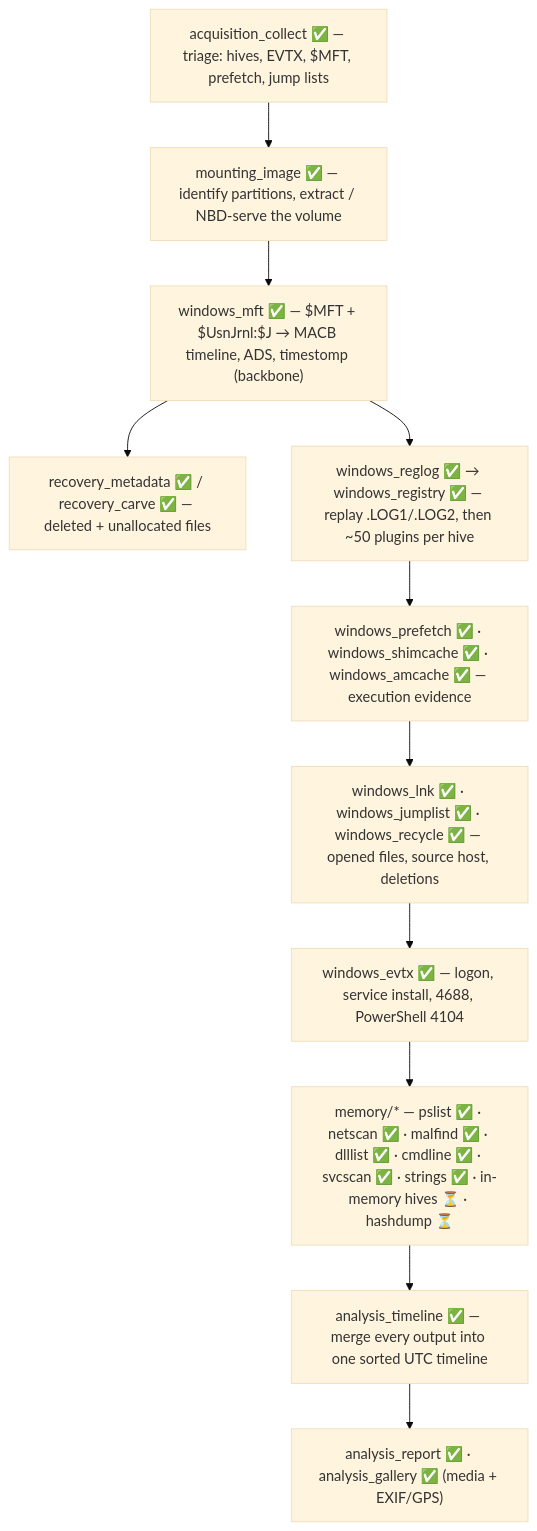
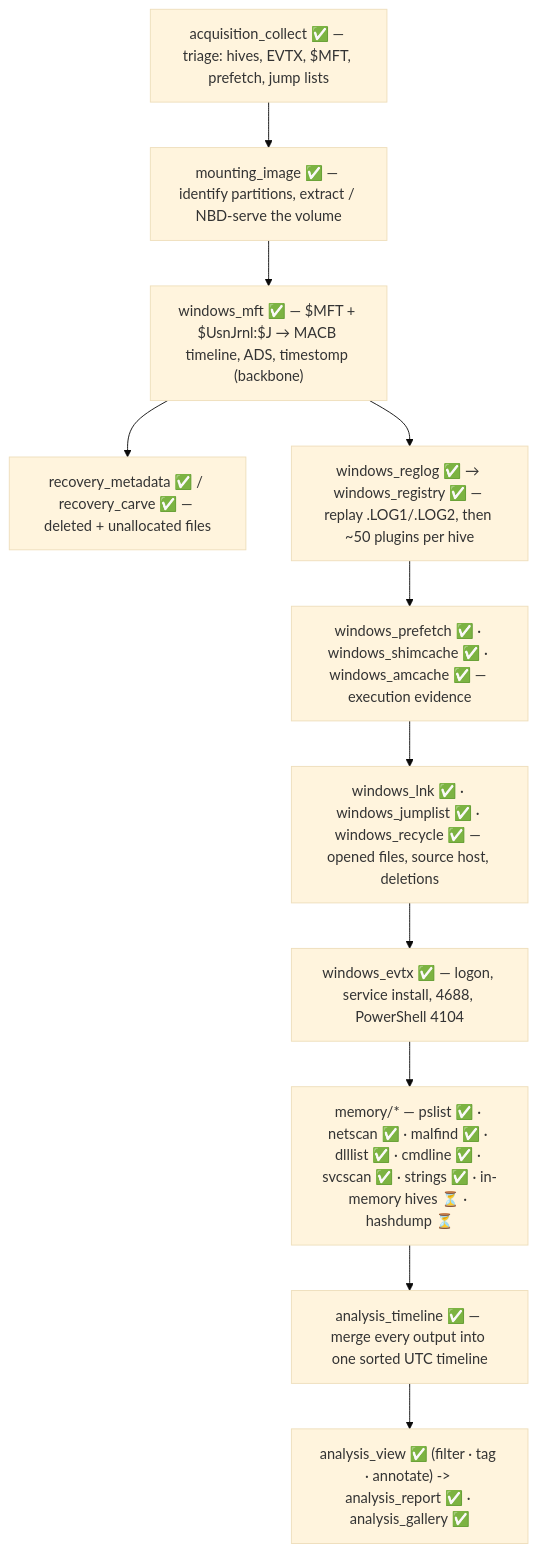
Before and after one commit to mostafaimam/Forensics-Tools: the second of 4 diagrams in README.md, drawn with Mermaid (base theme). The commit also changed other lines of this file and 15 other files, not shown here.

First line of the commit message:
Add analysis_view: review any tabular evidence, tag it, export an HTML review page

````diff
--- a/README.md
+++ b/README.md
@@ -164,13 +165,13 @@
 ```mermaid
 flowchart TD
     A["acquisition_collect ✅ — triage: hives, EVTX, $MFT, prefetch, jump lists"] --> B["mounting_image ✅ — identify partitions, extract / NBD-serve the volume"]
     B --> C["windows_mft ✅ — $MFT + $UsnJrnl:$J → MACB timeline, ADS, timestomp (backbone)"]
     C --> RC["recovery_metadata ✅ / recovery_carve ✅ — deleted + unallocated files"]
     C --> D["windows_reglog ✅ → windows_registry ✅ — replay .LOG1/.LOG2, then ~50 plugins per hive"]
     D --> E["windows_prefetch ✅ · windows_shimcache ✅ · windows_amcache ✅ — execution evidence"]
     E --> F["windows_lnk ✅ · windows_jumplist ✅ · windows_recycle ✅ — opened files, source host, deletions"]
     F --> G["windows_evtx ✅ — logon, service install, 4688, PowerShell 4104"]
     G --> H["memory/* — pslist ✅ · netscan ✅ · malfind ✅ · dlllist ✅ · cmdline ✅ · svcscan ✅ · strings ✅ · in-memory hives ⏳ · hashdump ⏳"]
     H --> I["analysis_timeline ✅ — merge every output into one sorted UTC timeline"]
-    I --> J["analysis_report ✅ · analysis_gallery ✅ (media + EXIF/GPS)"]
+    I --> J["analysis_view ✅ (filter · tag · annotate) -> analysis_report ✅ · analysis_gallery ✅"]
 ```
````
